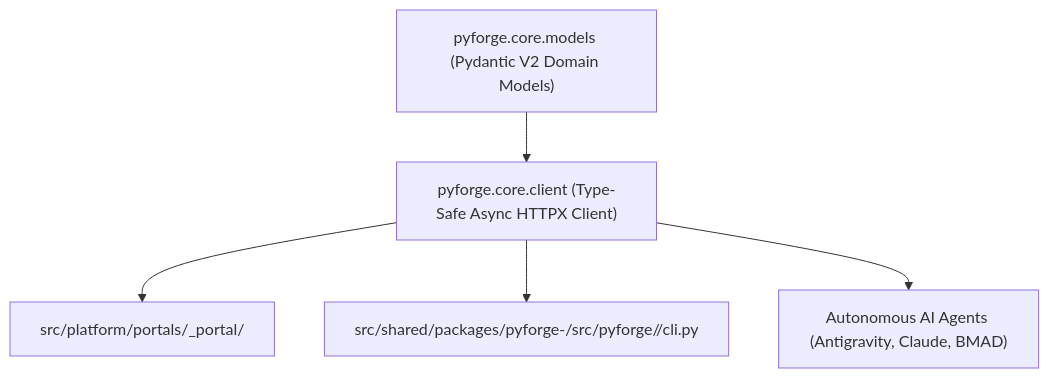
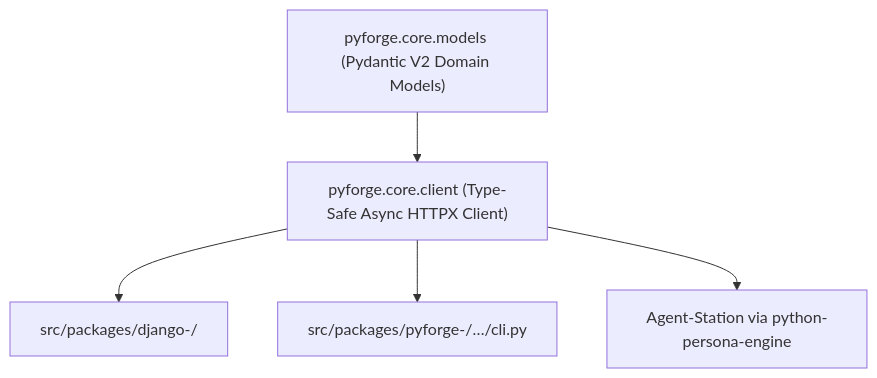
Before and after one commit to rxm7706/local-recipes: the eighth of 13 diagrams in docs/dreams/pyforge-unifying-strategy.md, drawn with Mermaid. The commit also changed other lines of this file and 18 other files, not shown here.

````diff
--- a/docs/dreams/pyforge-unifying-strategy.md
+++ b/docs/dreams/pyforge-unifying-strategy.md
@@ -1147,10 +1182,10 @@
 ```mermaid
 flowchart TD
     CoreModels["pyforge.core.models (Pydantic V2 Domain Models)"]
     ClientSDK["pyforge.core.client (Type-Safe Async HTTPX Client)"]
   
     CoreModels --> ClientSDK
-    ClientSDK --> DjangoPortals["src/platform/portals/<station>_portal/"]
-    ClientSDK --> CLICommands["src/shared/packages/pyforge-<station>/src/pyforge/<station>/cli.py"]
-    ClientSDK --> Subagents["Autonomous AI Agents (Antigravity, Claude, BMAD)"]
+    ClientSDK --> DjangoPortals["src/packages/django-<station>/"]
+    ClientSDK --> CLICommands["src/packages/pyforge-<station>/…/cli.py"]
+    ClientSDK --> Subagents["Agent-Station via python-persona-engine"]
 ```
````
